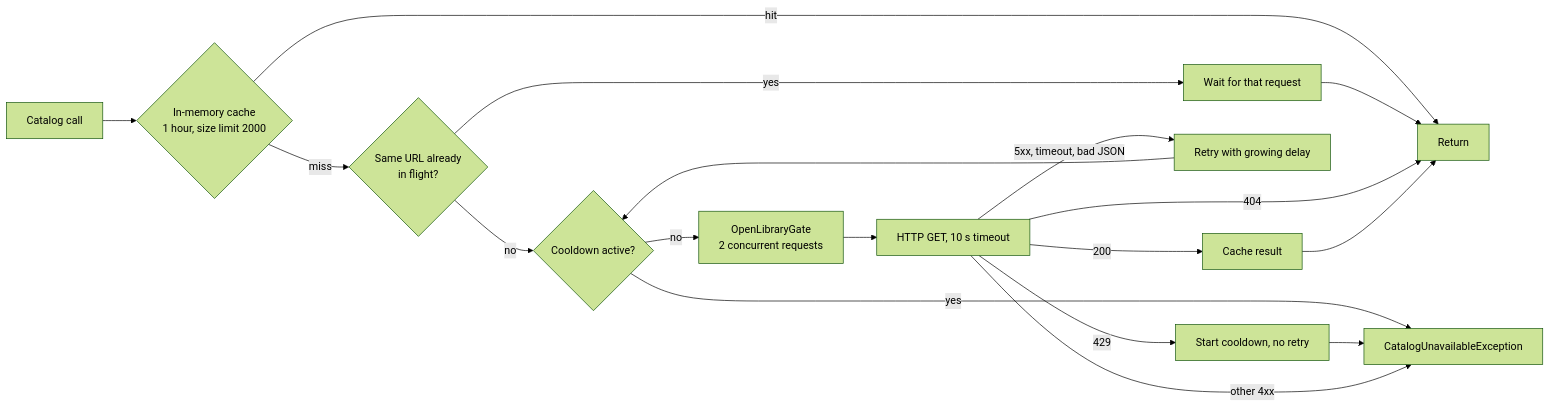
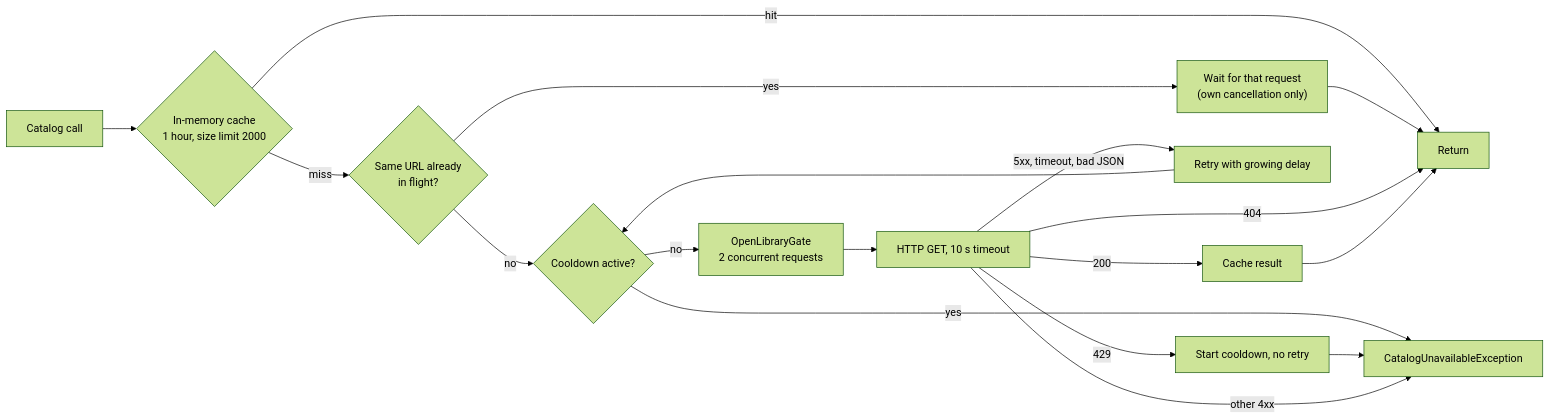
The diagram in docs/architecture/06-open-library-protection.md (juan-alvarez-at-trip-arc/find-that-book), drawn with Mermaid (forest theme) before and after one commit. The commit also changed 6 other files, not shown here.

````diff
--- a/docs/architecture/06-open-library-protection.md
+++ b/docs/architecture/06-open-library-protection.md
@@ -3,16 +3,16 @@
 ```mermaid
 flowchart LR
     req[Catalog call] --> cache{"In-memory cache<br/>1 hour, size limit 2000"}
     cache -- hit --> ret[Return]
     cache -- miss --> infl{"Same URL already<br/>in flight?"}
-    infl -- yes --> join[Wait for that request] --> ret
+    infl -- yes --> join["Wait for that request<br/>(own cancellation only)"] --> ret
     infl -- no --> cd{Cooldown active?}
     cd -- yes --> fail[CatalogUnavailableException]
     cd -- no --> gate["OpenLibraryGate<br/>2 concurrent requests"]
     gate --> http[HTTP GET, 10 s timeout]
     http -- 429 --> start["Start cooldown, no retry"] --> fail
     http -- "5xx, timeout, bad JSON" --> retry["Retry with growing delay"] --> cd
     http -- other 4xx --> fail
     http -- 404 --> ret
     http -- 200 --> store[Cache result] --> ret
 ```
````
